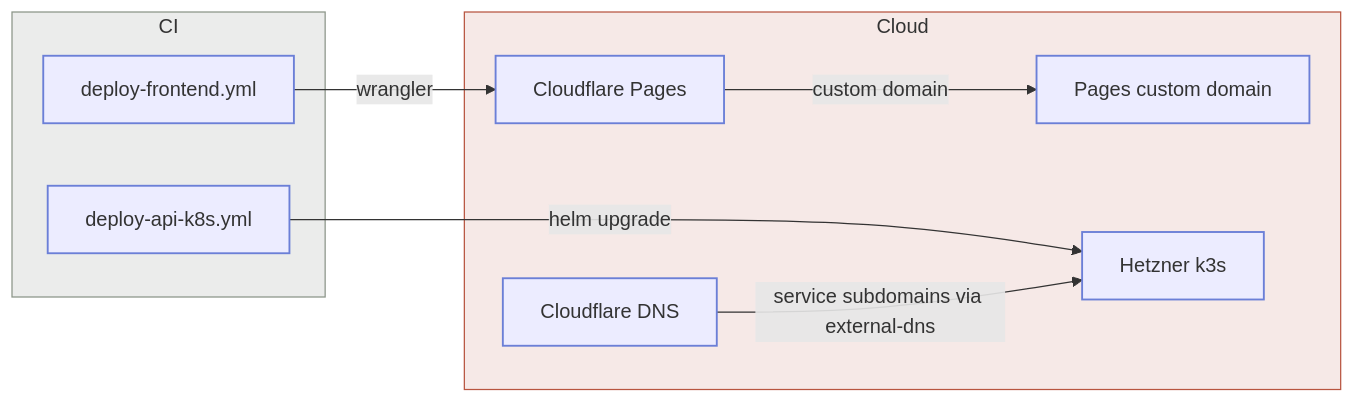
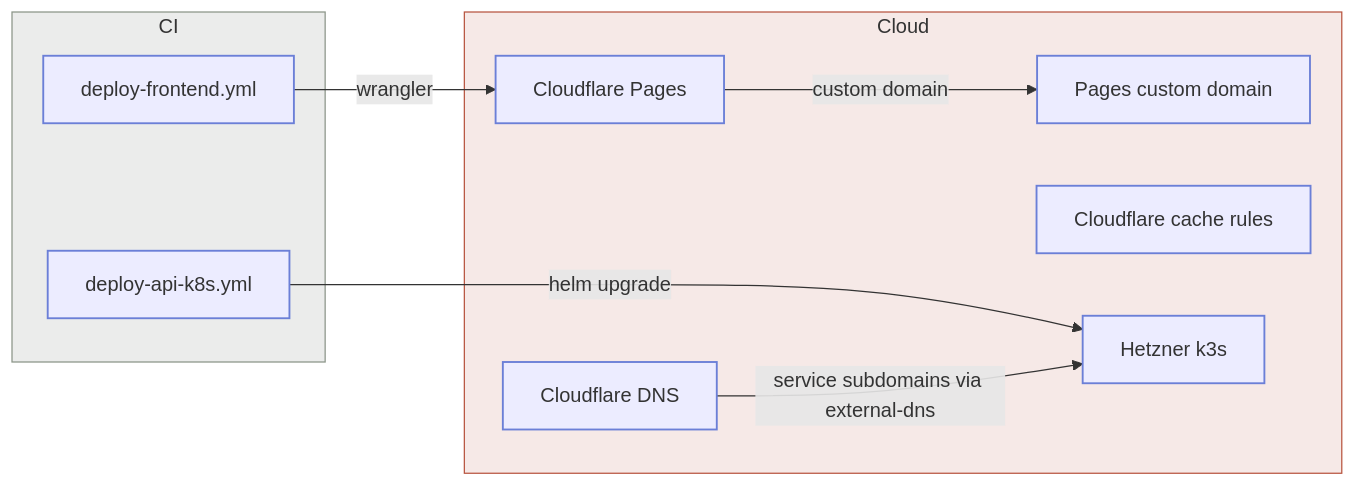
Before and after one commit to Ishou/wordsparrow: the second of 5 diagrams in README.md, drawn with Mermaid. The commit also changed 2 other files, not shown here.

Commit message:
feat(infra): cloudflare cache rule for grid daily endpoint
Declare a zone ruleset in phase http_request_cache_settings (ADR-0089 item 4):
anonymous requests to api.<domain>/v1/puzzles/daily become edge-cacheable with
edge TTL "respect origin" (honouring the origin s-maxage until UTC midnight)
and the default cache key, so ?date= variants cache separately. Requests
carrying the __Secure-ws_session cookie do not match and fall through to zone
defaults (uncached), keeping the per-user hint budget private.

Adds the cloudflare_ruleset cloud node to docs/infra/topology.yaml (the
readme-diagrams coherence gate requires every terraform resource type to be
declared) and regenerates the README cloud diagram.

Claude-Session: https://claude.ai/code/session_01KJLXyGQrTUGAK5s9nXGN4T

````diff
--- a/README.md
+++ b/README.md
@@ -128,20 +128,21 @@
 ```mermaid
 flowchart LR
   subgraph CI
     deploy_api_k8s["deploy-api-k8s.yml"]
     deploy_frontend["deploy-frontend.yml"]
   end
   subgraph Cloud
     pages["Cloudflare Pages"]
     pagesdomain["Pages custom domain"]
     dns["Cloudflare DNS"]
+    cacherules["Cloudflare cache rules"]
     k3s["Hetzner k3s"]
   end
   deploy_frontend -->|wrangler| pages
   deploy_api_k8s -->|helm upgrade| k3s
   pages -->|custom domain| pagesdomain
   dns -->|service subdomains via external-dns| k3s
   style CI fill:#5a655a1f,stroke:#8b9488;
   style Cloud fill:#b8554020,stroke:#b85540;
   classDef default stroke:#6b7fd7,stroke-width:1.5px;
 ```
````
